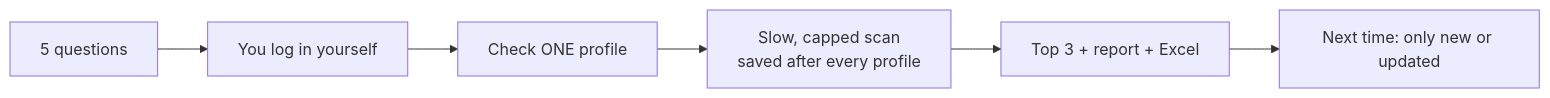
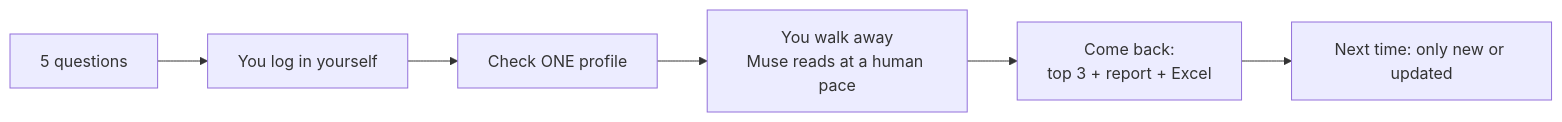
The diagram in README.md (MakeLifesBetter/MatrimonyMatchScoutAIAgent), drawn with Mermaid before and after one commit. The commit also changed other lines of this file and 37 other files, not shown here.

First line of the commit message:
v0.3.0: Muse only, with time estimates and walk-away scans

````diff
--- a/README.md
+++ b/README.md
@@ -55,8 +56,8 @@
 ```mermaid
 flowchart LR
     A[5 questions] --> B[You log in yourself]
     B --> C[Check ONE profile]
-    C --> D[Slow, capped scan<br/>saved after every profile]
-    D --> E[Top 3 + report + Excel]
+    C --> D[You walk away<br/>Muse reads at a human pace]
+    D --> E[Come back:<br/>top 3 + report + Excel]
     E --> F[Next time: only new or updated]
 ```
````
